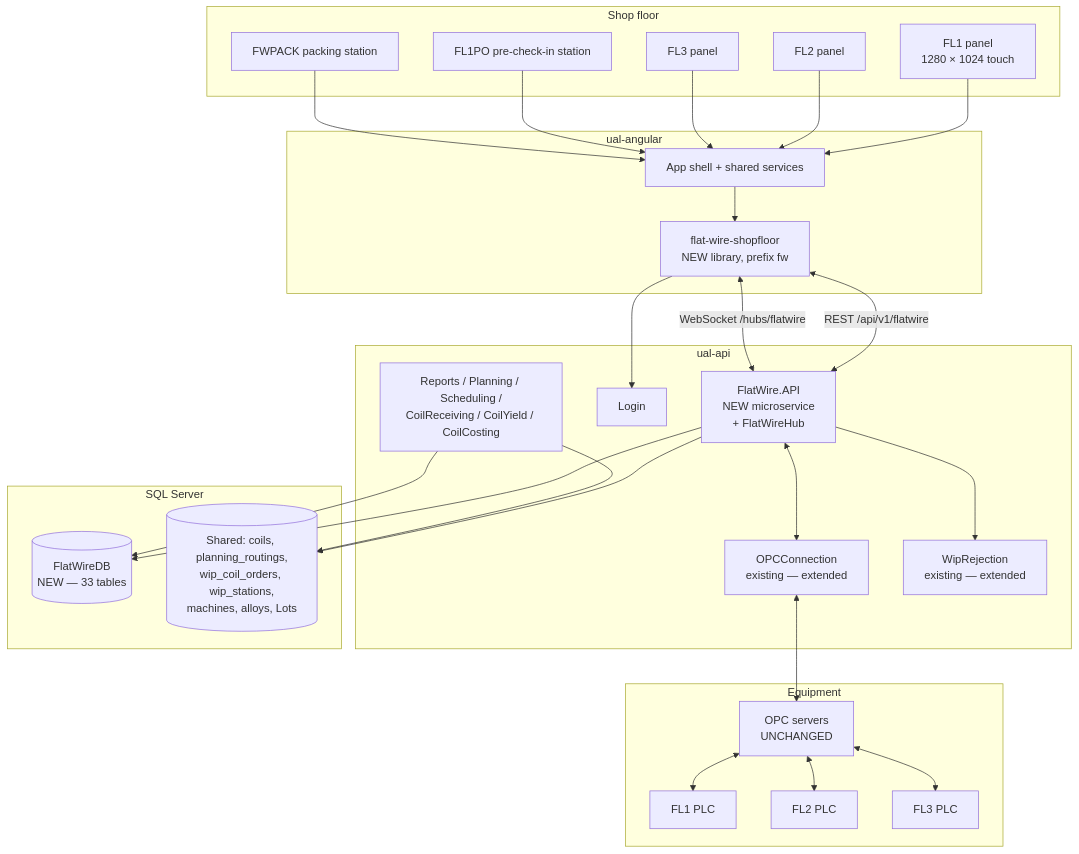
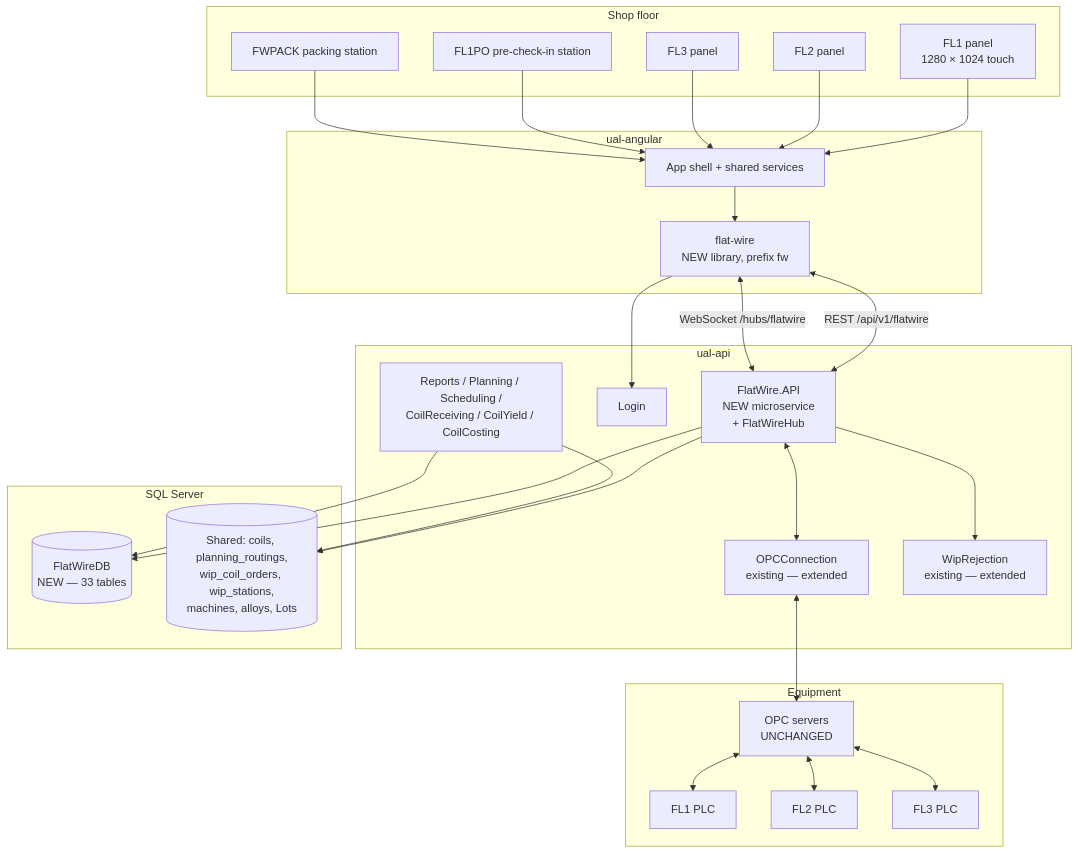
Before and after one commit to UnitedAluminum/Flatwire-planning: the first of 2 diagrams in MVP-1/ProjectPlan/Architecture/Architecture.md, drawn with Mermaid. The commit also changed other lines of this file and 50 other files, not shown here.

````diff
--- a/MVP-1/ProjectPlan/Architecture/Architecture.md
+++ b/MVP-1/ProjectPlan/Architecture/Architecture.md
@@ -18,45 +18,45 @@
 ```mermaid
 flowchart TB
   subgraph FLOOR["Shop floor"]
     P1["FL1 panel<br/>1280 × 1024 touch"]
     P2["FL2 panel"]
     P3["FL3 panel"]
     POS["FL1PO pre-check-in station"]
     PK["FWPACK packing station"]
   end
   subgraph EQUIP["Equipment"]
     PLC1["FL1 PLC"]
     PLC2["FL2 PLC"]
     PLC3["FL3 PLC"]
     OPC["OPC servers<br/>UNCHANGED"]
   end
   subgraph ANG["ual-angular"]
     SHELL["App shell + shared services"]
-    LIB["flat-wire-shopfloor<br/>NEW library, prefix fw"]
+    LIB["flat-wire<br/>NEW library, prefix fw"]
   end
   subgraph API["ual-api"]
     FW["FlatWire.API<br/>NEW microservice<br/>+ FlatWireHub"]
     OPCC["OPCConnection<br/>existing — extended"]
     LOGIN["Login"]
     WIPR["WipRejection<br/>existing — extended"]
     REPT["Reports / Planning / Scheduling /<br/>CoilReceiving / CoilYield / CoilCosting"]
   end
   subgraph DATA["SQL Server"]
     FWDB[("FlatWireDB<br/>NEW — 33 tables")]
     SHARED[("Shared: coils, planning_routings,<br/>wip_coil_orders, wip_stations,<br/>machines, alloys, Lots")]
   end
 
   P1 & P2 & P3 & POS & PK --> SHELL
   SHELL --> LIB
   LIB <-->|"REST /api/v1/flatwire"| FW
   LIB <-->|"WebSocket /hubs/flatwire"| FW
   LIB --> LOGIN
   FW --> FWDB
   FW --> SHARED
   FW <--> OPCC
   OPCC <--> OPC
   OPC <--> PLC1 & PLC2 & PLC3
   FW --> WIPR
   REPT --> FWDB
   REPT --> SHARED
 ```
````
